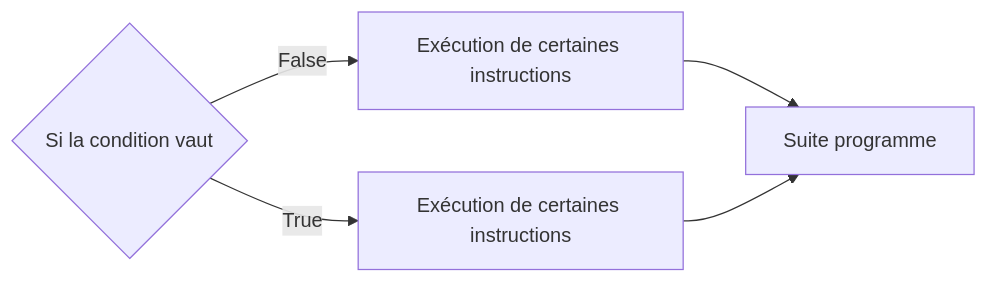
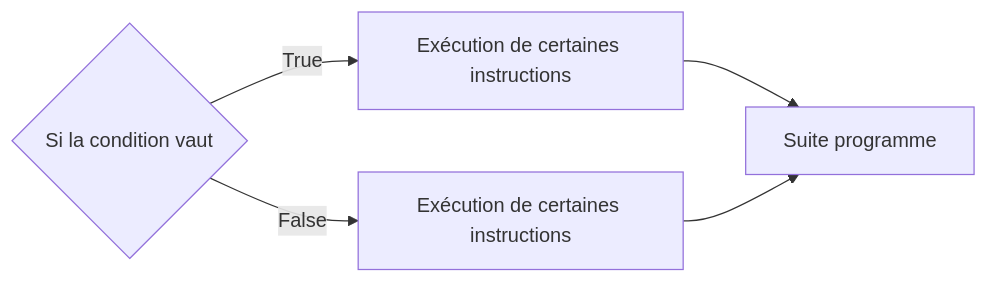
The sixth of 10 diagrams in première/Constructions élémentaires/Conditions.md (boddaert/nsi), drawn with Mermaid before and after one commit.

Commit message:
fin conditions

````diff
--- a/première/Constructions élémentaires/Conditions.md
+++ b/première/Constructions élémentaires/Conditions.md
@@ -121,8 +121,8 @@
 ```mermaid
   graph LR;
       A{Si la condition vaut};
       A--True-->B[Exécution de certaines instructions];
-      A--False-->C[Exécution de certaines instructions];
-      C-->D[Suite programme];    
+      A--False-->C[Exécution de certaines instructions];   
       B-->D[Suite programme];
+      C-->D[Suite programme]; 
 ```
````
